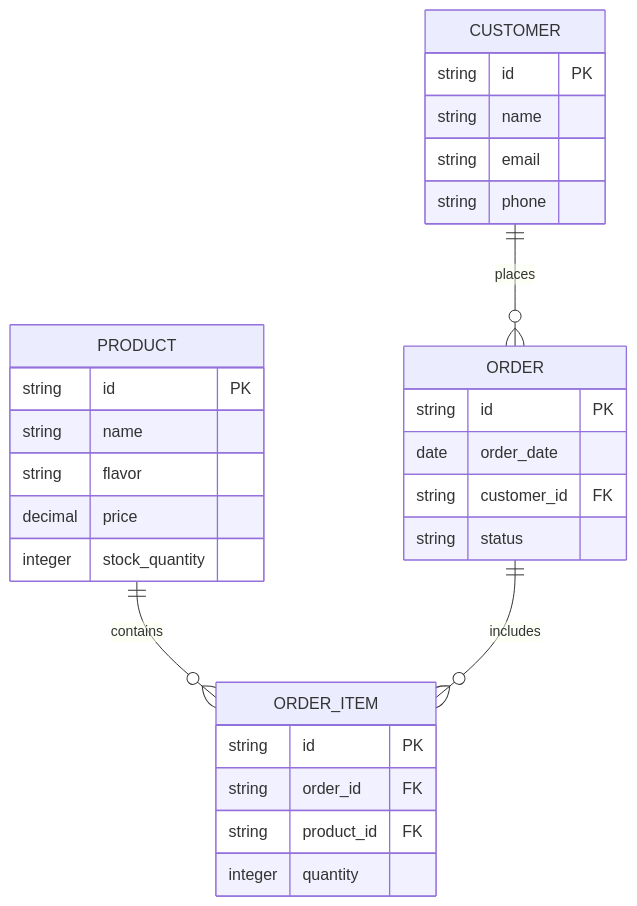
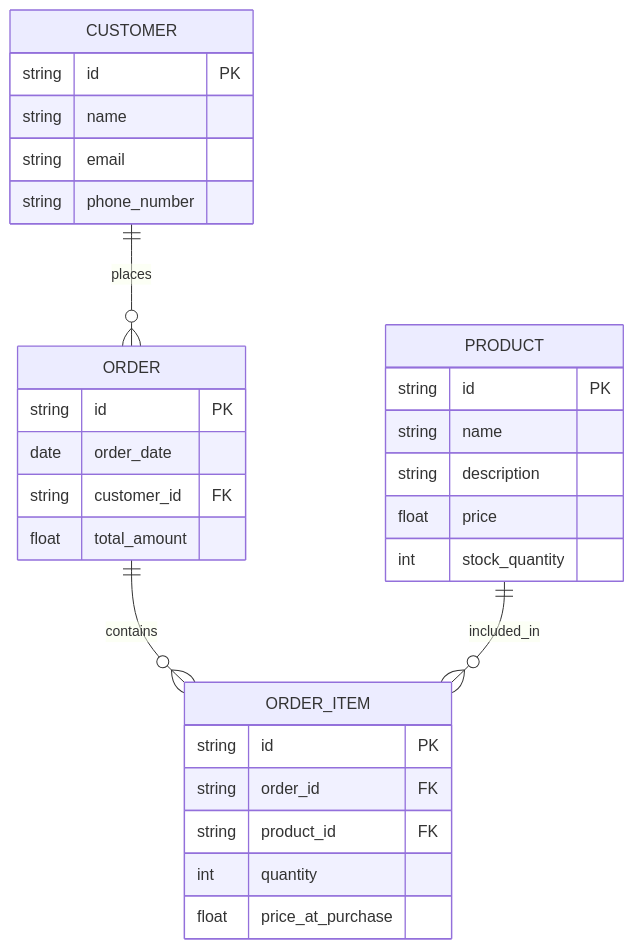
One commit to Dev41-artifacts/ice-cream-factory_96c4c402-3fa0-40b6-820f-2ed5a1b46368 changed the diagram in artifacts/8933ddfa-1988-4cf0-8187-7e2606243111.md. Above: the diagram before and after it, drawn with Mermaid. The commit also changed other lines of this file, not shown here.

Commit message:
Update artifact for ER Diagram

````diff
--- a/artifacts/8933ddfa-1988-4cf0-8187-7e2606243111.md
+++ b/artifacts/8933ddfa-1988-4cf0-8187-7e2606243111.md
@@ -3,35 +3,36 @@
 ```mermaid
 erDiagram
-    PRODUCT {
-        string id PK
-        string name
-        string flavor
-        decimal price
-        integer stock_quantity
-    }
-    
     CUSTOMER {
         string id PK
         string name
         string email
-        string phone
+        string phone_number
+    }
+    
+    PRODUCT {
+        string id PK
+        string name
+        string description
+        float price
+        int stock_quantity
     }
     
     ORDER {
         string id PK
         date order_date
         string customer_id FK
-        string status
+        float total_amount
     }
     
     ORDER_ITEM {
         string id PK
         string order_id FK
         string product_id FK
-        integer quantity
+        int quantity
+        float price_at_purchase
     }
     
-    PRODUCT ||--o{ ORDER_ITEM : contains
     CUSTOMER ||--o{ ORDER : places
-    ORDER ||--o{ ORDER_ITEM : includes
+    ORDER ||--o{ ORDER_ITEM : contains
+    PRODUCT ||--o{ ORDER_ITEM : included_in
 ```
````
